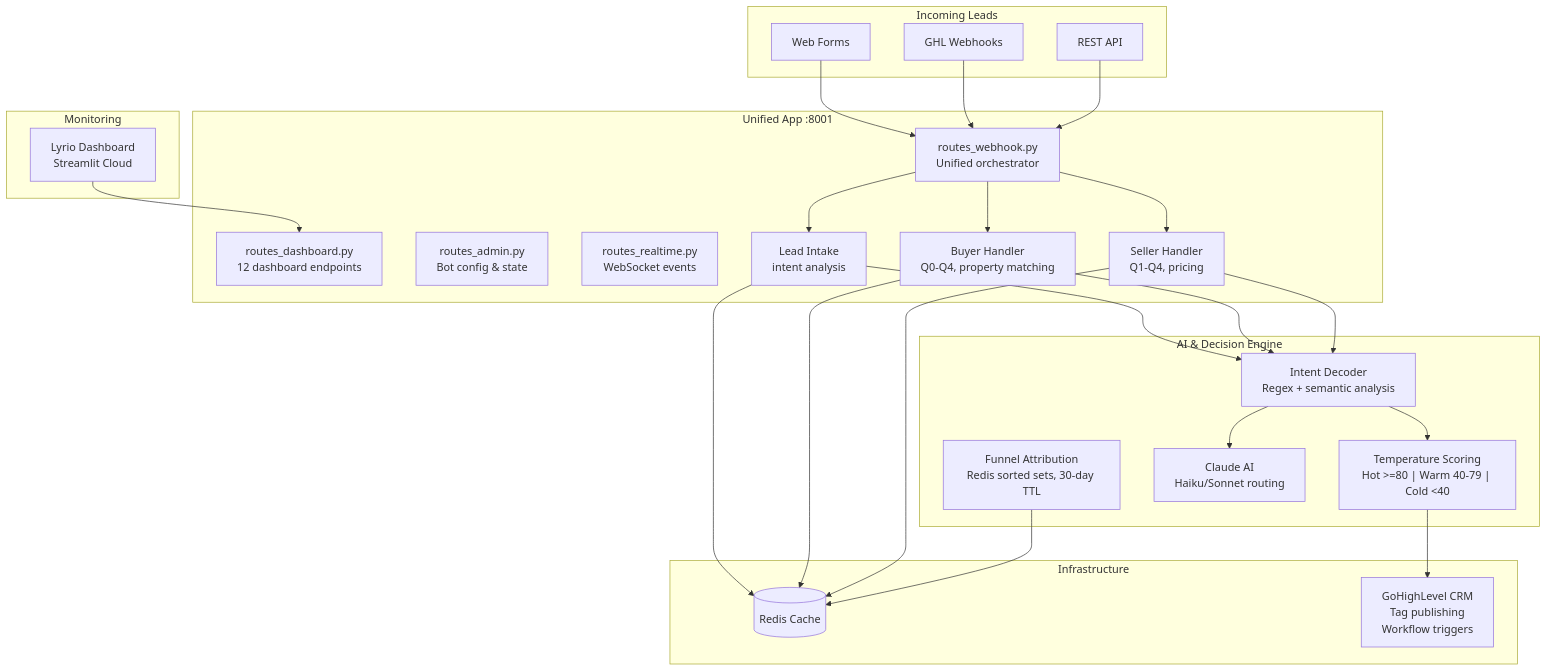
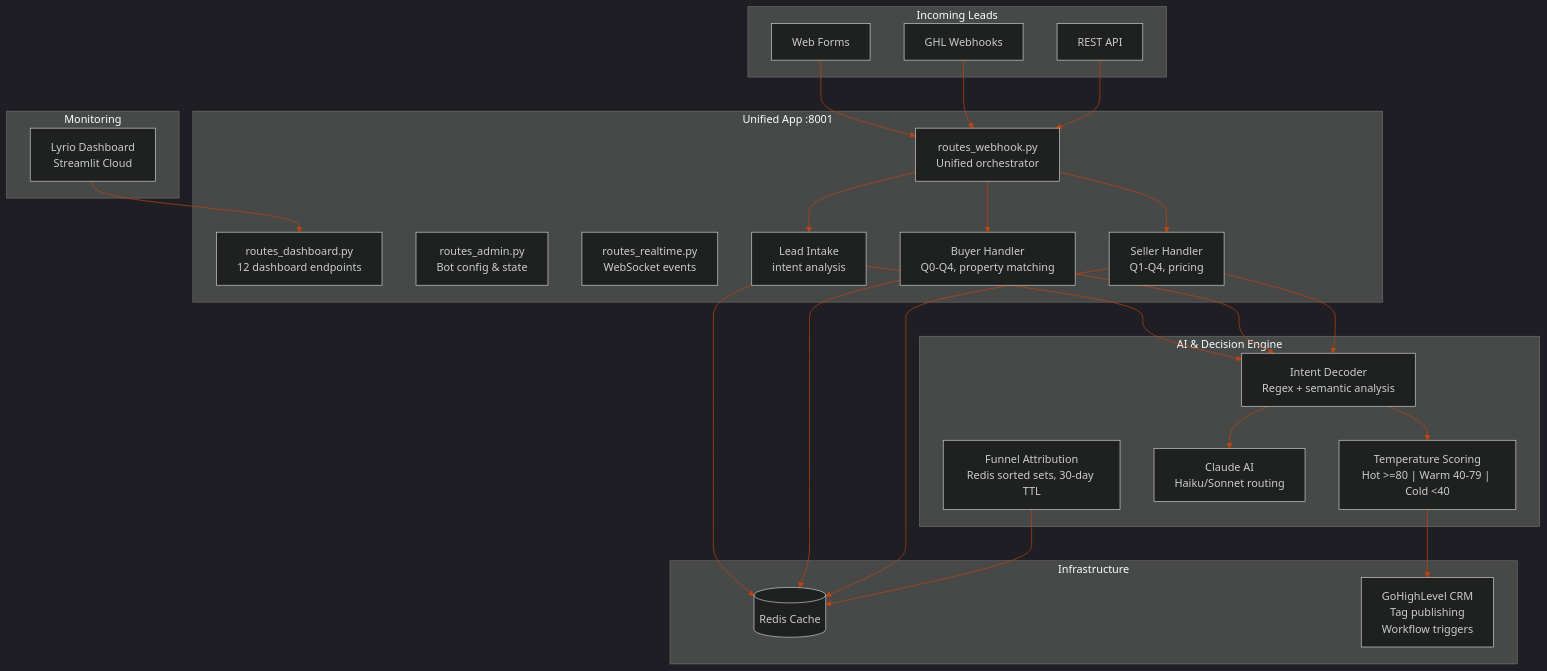
Before and after one commit to ChunkyTortoise/jorge_real_estate_bots: the diagram in README.md, drawn with Mermaid. The commit also changed other lines of this file, not shown here.

````diff
--- a/README.md
+++ b/README.md
@@ -53,57 +66,58 @@
 ```mermaid
+%%{init: {'theme': 'dark', 'themeVariables': {'primaryColor': '#D4A574', 'primaryBorderColor': '#C1440E', 'primaryTextColor': '#E2E8F0', 'lineColor': '#C1440E', 'background': '#1A1510'}}}%%
 flowchart TB
   subgraph Incoming["Incoming Leads"]
     Web["Web Forms"]
     GHLHook["GHL Webhooks"]
     API["REST API"]
   end
 
   subgraph App["Unified App :8001"]
     Webhook["routes_webhook.py\nUnified orchestrator"]
     Dashboard["routes_dashboard.py\n12 dashboard endpoints"]
     Admin["routes_admin.py\nBot config & state"]
     Realtime["routes_realtime.py\nWebSocket events"]
     Lead["Lead Intake\nintent analysis"]
     Buyer["Buyer Handler\nQ0-Q4, property matching"]
     Seller["Seller Handler\nQ1-Q4, pricing"]
   end
 
   subgraph Intelligence["AI & Decision Engine"]
     Intent["Intent Decoder\nRegex + semantic analysis"]
     Temp["Temperature Scoring\nHot >=80 | Warm 40-79 | Cold <40"]
     Claude["Claude AI\nHaiku/Sonnet routing"]
     Funnel["Funnel Attribution\nRedis sorted sets, 30-day TTL"]
   end
 
   subgraph Infra["Infrastructure"]
     Redis[(Redis Cache)]
     GHL["GoHighLevel CRM\nTag publishing\nWorkflow triggers"]
   end
 
   subgraph Dashboard_UI["Monitoring"]
     Lyrio["Lyrio Dashboard\nStreamlit Cloud"]
   end
 
   Web --> Webhook
   GHLHook --> Webhook
   API --> Webhook
 
   Webhook --> Lead
   Webhook --> Buyer
   Webhook --> Seller
 
   Lead --> Intent
   Buyer --> Intent
   Seller --> Intent
 
   Intent --> Temp
   Intent --> Claude
 
   Lead --> Redis
   Buyer --> Redis
   Seller --> Redis
   Funnel --> Redis
 
   Temp --> GHL
   Lyrio --> Dashboard
 ```
````
